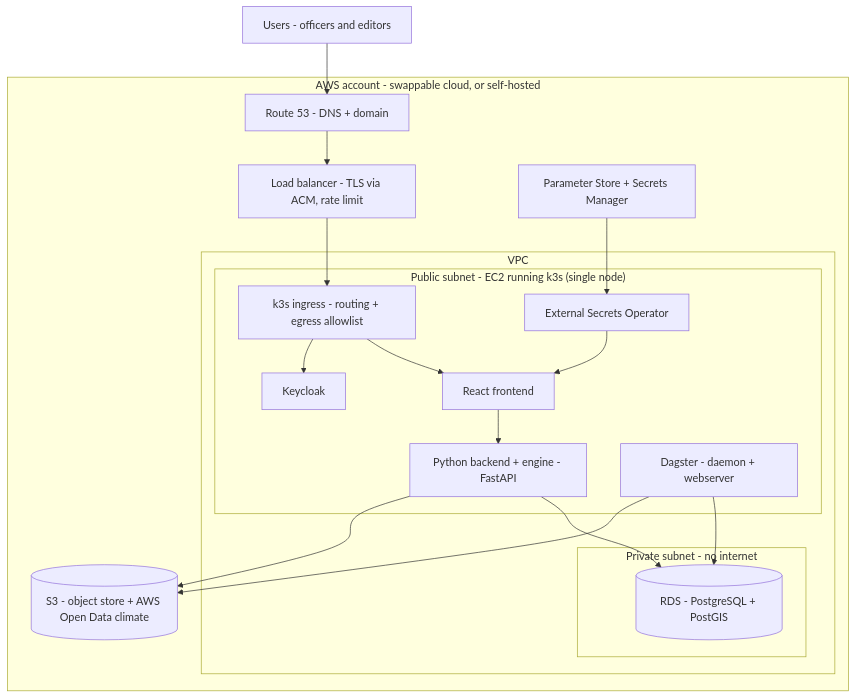
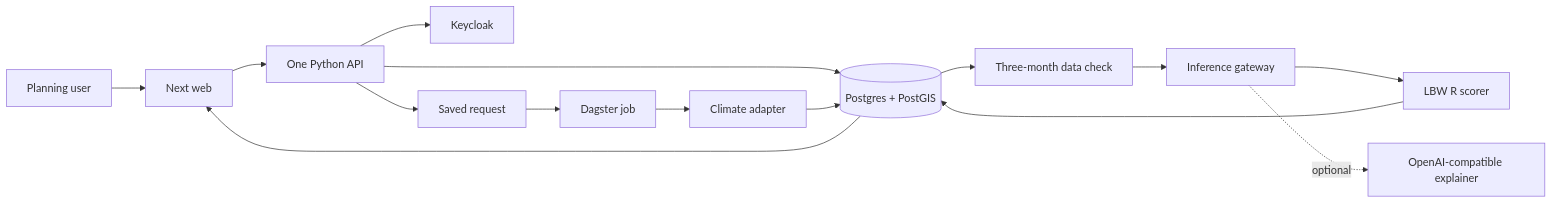
Before and after one commit to CHART-Scope/CHART: the diagram in docs/tdd.md, drawn with Mermaid. The commit also changed other lines of this file and 264 other files, not shown here.

Commit message:
feat: complete Python runtime cutover and add planning app

````diff
--- a/docs/tdd.md
+++ b/docs/tdd.md
@@ -656,35 +26,17 @@
 ```mermaid
-flowchart TB
-  user["Users - officers and editors"]
-  subgraph aws["AWS account - swappable cloud, or self-hosted"]
-    r53["Route 53 - DNS + domain"]
-    alb["Load balancer - TLS via ACM, rate limit"]
-    s3[("S3 - object store + AWS Open Data climate")]
-    ssm["Parameter Store + Secrets Manager"]
-    subgraph vpc["VPC"]
-      subgraph pub["Public subnet - EC2 running k3s (single node)"]
-        ingress["k3s ingress - routing + egress allowlist"]
-        web["React frontend"]
-        eng["Python backend + engine - FastAPI"]
-        dag["Dagster - daemon + webserver"]
-        kc["Keycloak"]
-        eso["External Secrets Operator"]
-      end
-      subgraph priv["Private subnet - no internet"]
-        rds[("RDS - PostgreSQL + PostGIS")]
-      end
-    end
-  end
-  user --> r53
-  r53 --> alb
-  alb --> ingress
-  ingress --> web
-  ingress --> kc
-  web --> eng
-  eng --> rds
-  dag --> rds
-  dag --> s3
-  eng --> s3
-  ssm --> eso
-  eso --> web
+flowchart LR
+  user["Planning user"] --> web["Next web"]
+  web --> api["One Python API"]
+  api --> auth["Keycloak"]
+  api --> db[("Postgres + PostGIS")]
+  api --> request["Saved request"]
+  request --> dagster["Dagster job"]
+  dagster --> climate["Climate adapter"]
+  climate --> db
+  db --> check["Three-month data check"]
+  check --> gateway["Inference gateway"]
+  gateway --> r["LBW R scorer"]
+  gateway -. optional .-> llm["OpenAI-compatible explainer"]
+  r --> db
+  db --> web
 ```
````
